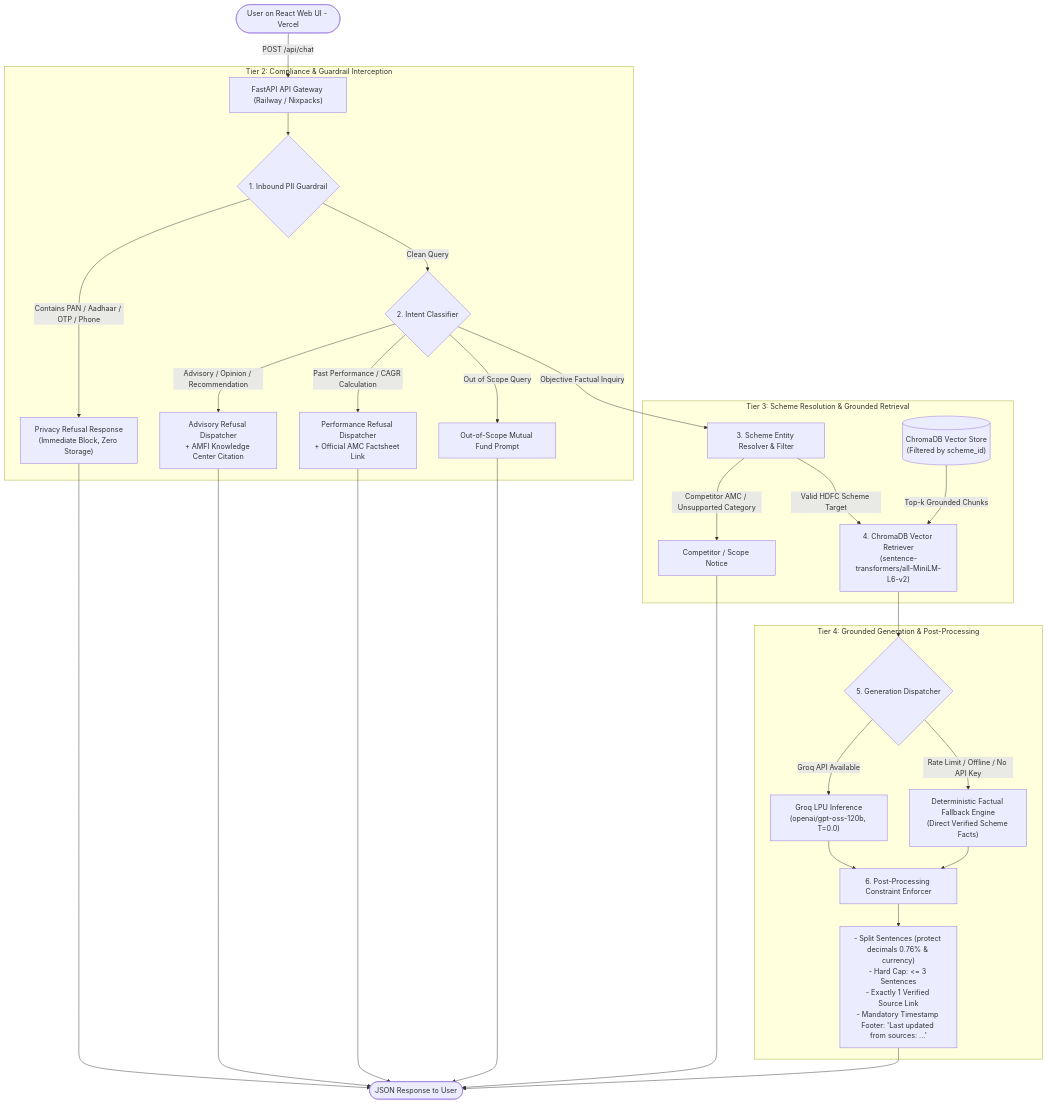
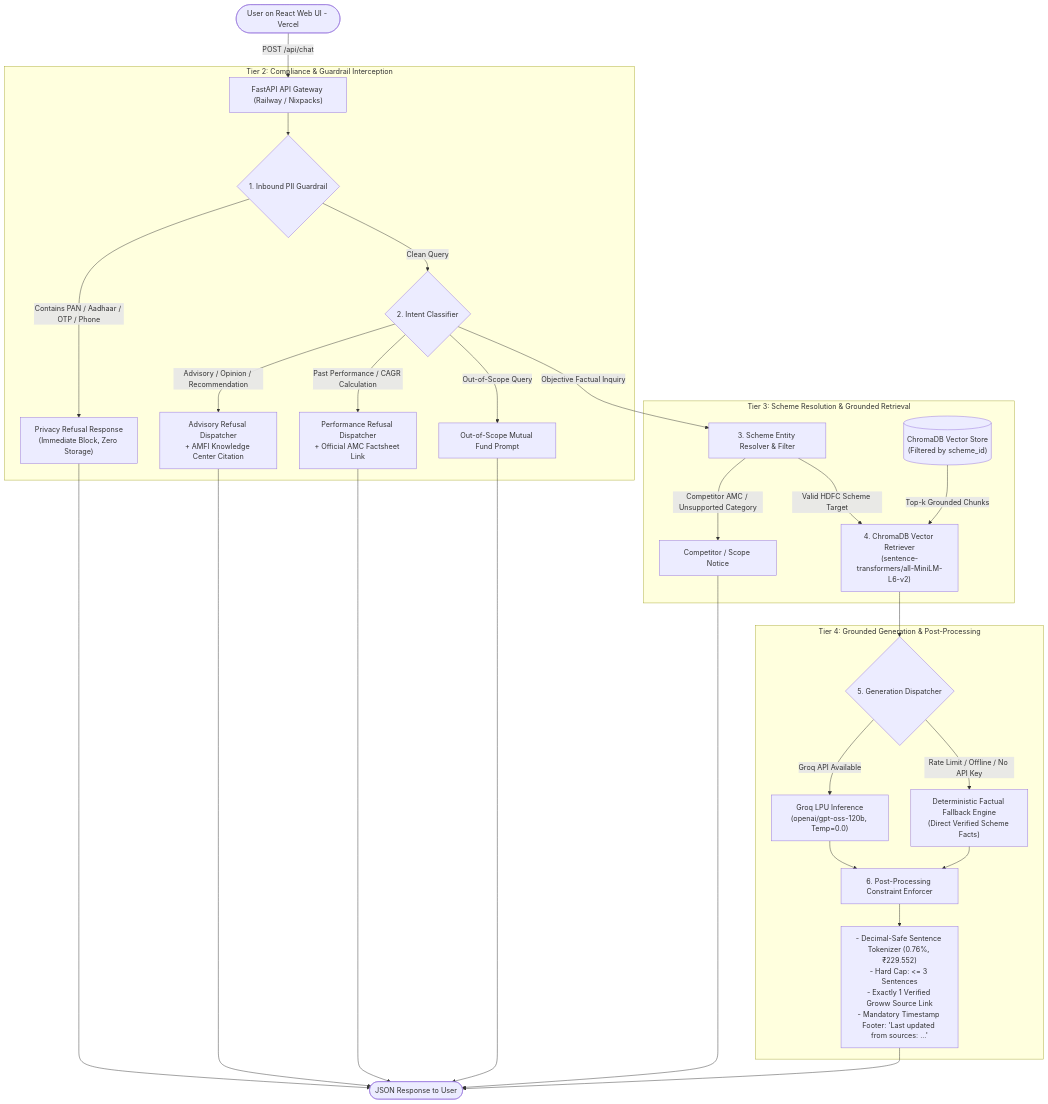
Before and after one commit to beyoujagat/fundcompass-rag-chatbot: the first of 2 diagrams in README.md, drawn with Mermaid. The commit also changed other lines of this file and 2 other files, not shown here.

Commit message:
docs: consolidate technical architecture and project documentation

````diff
--- a/README.md
+++ b/README.md
@@ -41,40 +42,40 @@
 ```mermaid
 flowchart TD
     User([User on React Web UI - Vercel]) -->|POST /api/chat| Gateway["FastAPI API Gateway (Railway / Nixpacks)"]
     
     subgraph Tier2 ["Tier 2: Compliance & Guardrail Interception"]
         Gateway --> PIIFilter{"1. Inbound PII Guardrail"}
         PIIFilter -->|Contains PAN / Aadhaar / OTP / Phone| PIIRefusal["Privacy Refusal Response<br>(Immediate Block, Zero Storage)"]
         
         PIIFilter -->|Clean Query| IntentCheck{"2. Intent Classifier"}
         IntentCheck -->|Advisory / Opinion / Recommendation| AdvisoryRefusal["Advisory Refusal Dispatcher<br>+ AMFI Knowledge Center Citation"]
         IntentCheck -->|Past Performance / CAGR Calculation| PerfRefusal["Performance Refusal Dispatcher<br>+ Official AMC Factsheet Link"]
-        IntentCheck -->|Out of Scope Query| ScopeRefusal["Out-of-Scope Mutual Fund Prompt"]
+        IntentCheck -->|Out-of-Scope Query| ScopeRefusal["Out-of-Scope Mutual Fund Prompt"]
     end
     
     subgraph Tier3 ["Tier 3: Scheme Resolution & Grounded Retrieval"]
         IntentCheck -->|Objective Factual Inquiry| Resolver["3. Scheme Entity Resolver & Filter"]
         Resolver -->|Competitor AMC / Unsupported Category| CompNotice["Competitor / Scope Notice"]
         Resolver -->|Valid HDFC Scheme Target| VectorRetriever["4. ChromaDB Vector Retriever<br>(sentence-transformers/all-MiniLM-L6-v2)"]
         
         ChromaStore[("ChromaDB Vector Store<br>(Filtered by scheme_id)")] -->|Top-k Grounded Chunks| VectorRetriever
     end
     
     subgraph Tier4 ["Tier 4: Grounded Generation & Post-Processing"]
         VectorRetriever --> LLMGenerator{"5. Generation Dispatcher"}
-        LLMGenerator -->|Groq API Available| GroqLLM["Groq LPU Inference<br>(openai/gpt-oss-120b, T=0.0)"]
+        LLMGenerator -->|Groq API Available| GroqLLM["Groq LPU Inference<br>(openai/gpt-oss-120b, Temp=0.0)"]
         LLMGenerator -->|Rate Limit / Offline / No API Key| FallbackLLM["Deterministic Factual Fallback Engine<br>(Direct Verified Scheme Facts)"]
         
         GroqLLM --> PostProc["6. Post-Processing Constraint Enforcer"]
         FallbackLLM --> PostProc
         
-        PostProc --> PostRules["- Split Sentences (protect decimals 0.76% & currency)<br>- Hard Cap: <= 3 Sentences<br>- Exactly 1 Verified Source Link<br>- Mandatory Timestamp Footer: 'Last updated from sources: ...'"]
+        PostProc --> PostRules["- Decimal-Safe Sentence Tokenizer (0.76%, ₹229.552)<br>- Hard Cap: <= 3 Sentences<br>- Exactly 1 Verified Groww Source Link<br>- Mandatory Timestamp Footer: 'Last updated from sources: ...'"]
     end
     
     PIIRefusal --> JSONOut([JSON Response to User])
     AdvisoryRefusal --> JSONOut
     PerfRefusal --> JSONOut
     ScopeRefusal --> JSONOut
     CompNotice --> JSONOut
     PostRules --> JSONOut
 ```
````
